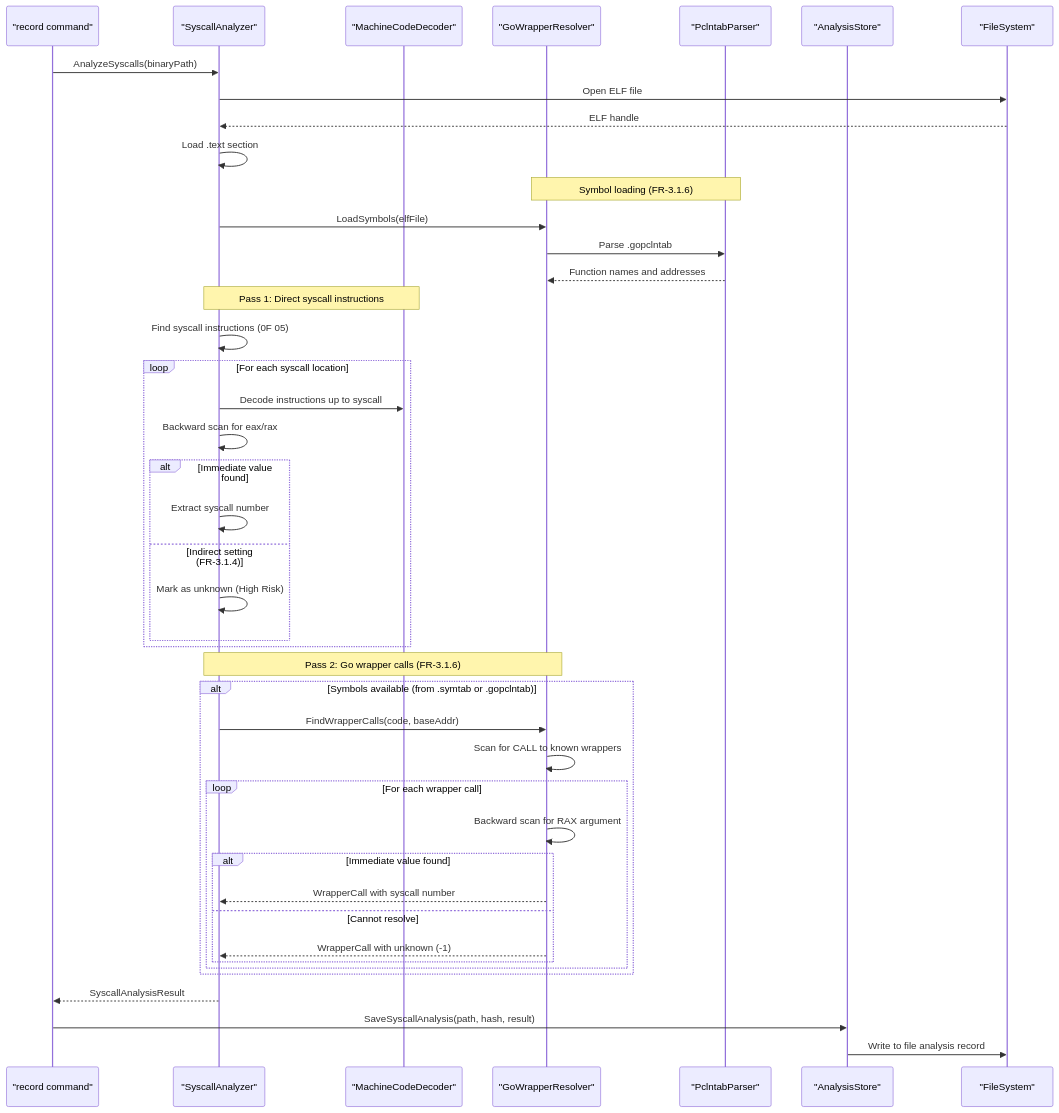
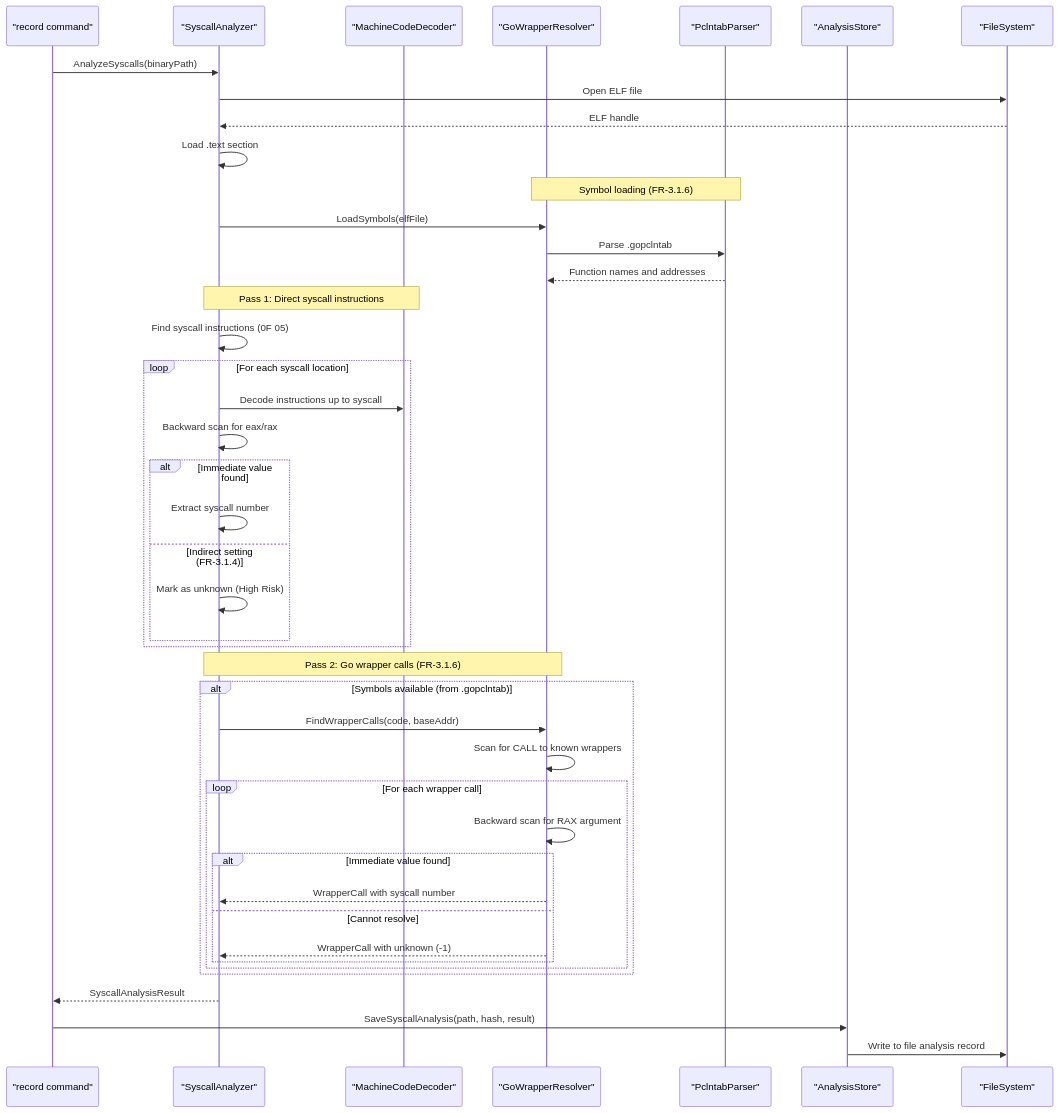
One commit to isseis/go-safe-cmd-runner changed the fifth of 18 diagrams in docs/tasks/0070_elf_syscall_analysis/02_architecture.md. Above: the diagram before and after it, drawn with Mermaid. The commit also changed other lines of this file and 1 other file, not shown here.

Commit message:
Fix documentation inconsistencies in ELF syscall analysis spec
Fixes following issues in task 0070:

- Fix section numbering: Change duplicate §2.5 to §2.6, and update
  following sections (§2.6 -> §2.7, §2.7 -> §2.8) in
  03_detailed_specification.md
- Remove NetworkSyscalls field from SyscallAnalysisResult class diagram
  in 02_architecture.md (field does not exist in actual implementation)
- Remove decoder field from GoWrapperResolver class diagram (not used
  in implementation; decoder is created per-call in FindWrapperCalls)
- Update sequence diagram: Change symbol source from '.symtab or
  .gopclntab' to '.gopclntab' only (reflects actual implementation)
- Add pclntab_parser.go to package structure section in
  03_detailed_specification.md
- Add error logging for LoadSymbols failures using slog.Debug in
  AnalyzeSyscalls method (follows section 8.5 logging requirement)

````diff
--- a/docs/tasks/0070_elf_syscall_analysis/02_architecture.md
+++ b/docs/tasks/0070_elf_syscall_analysis/02_architecture.md
@@ -144,50 +144,50 @@
 ```mermaid
 sequenceDiagram
     participant RC as "record command"
     participant SA as "SyscallAnalyzer"
     participant MD as "MachineCodeDecoder"
     participant GW as "GoWrapperResolver"
     participant PP as "PclntabParser"
     participant AS as "AnalysisStore"
     participant FS as "FileSystem"
 
     RC->>SA: AnalyzeSyscalls(binaryPath)
     SA->>FS: Open ELF file
     FS-->>SA: ELF handle
     SA->>SA: Load .text section
 
     Note over GW,PP: Symbol loading (FR-3.1.6)
     SA->>GW: LoadSymbols(elfFile)
     GW->>PP: Parse .gopclntab
     PP-->>GW: Function names and addresses
 
     Note over SA,MD: Pass 1: Direct syscall instructions
     SA->>SA: Find syscall instructions (0F 05)
     loop For each syscall location
         SA->>MD: Decode instructions up to syscall
         SA->>SA: Backward scan for eax/rax
         alt Immediate value found
             SA->>SA: Extract syscall number
         else Indirect setting (FR-3.1.4)
             SA->>SA: Mark as unknown (High Risk)
         end
     end
 
     Note over SA,GW: Pass 2: Go wrapper calls (FR-3.1.6)
-    alt Symbols available (from .symtab or .gopclntab)
+    alt Symbols available (from .gopclntab)
         SA->>GW: FindWrapperCalls(code, baseAddr)
         GW->>GW: Scan for CALL to known wrappers
         loop For each wrapper call
             GW->>GW: Backward scan for RAX argument
             alt Immediate value found
                 GW-->>SA: WrapperCall with syscall number
             else Cannot resolve
                 GW-->>SA: WrapperCall with unknown (-1)
             end
         end
     end
 
     SA-->>RC: SyscallAnalysisResult
     RC->>AS: SaveSyscallAnalysis(path, hash, result)
     AS->>FS: Write to file analysis record
 ```
````
